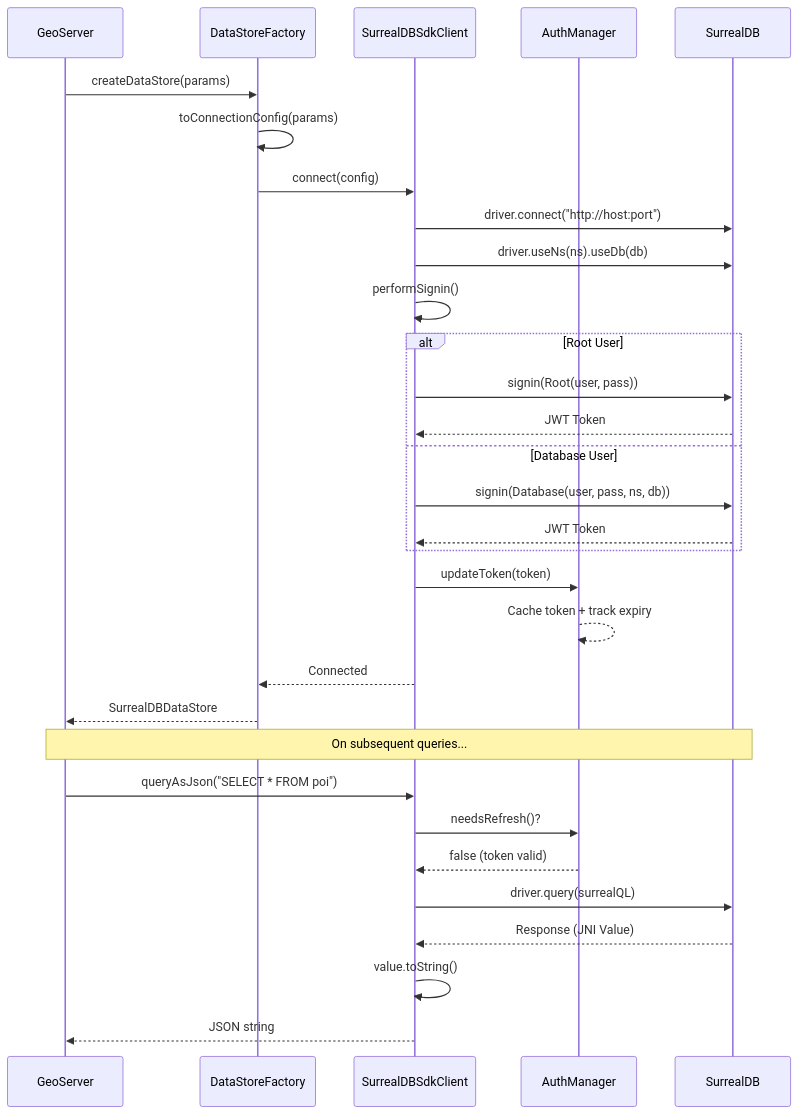
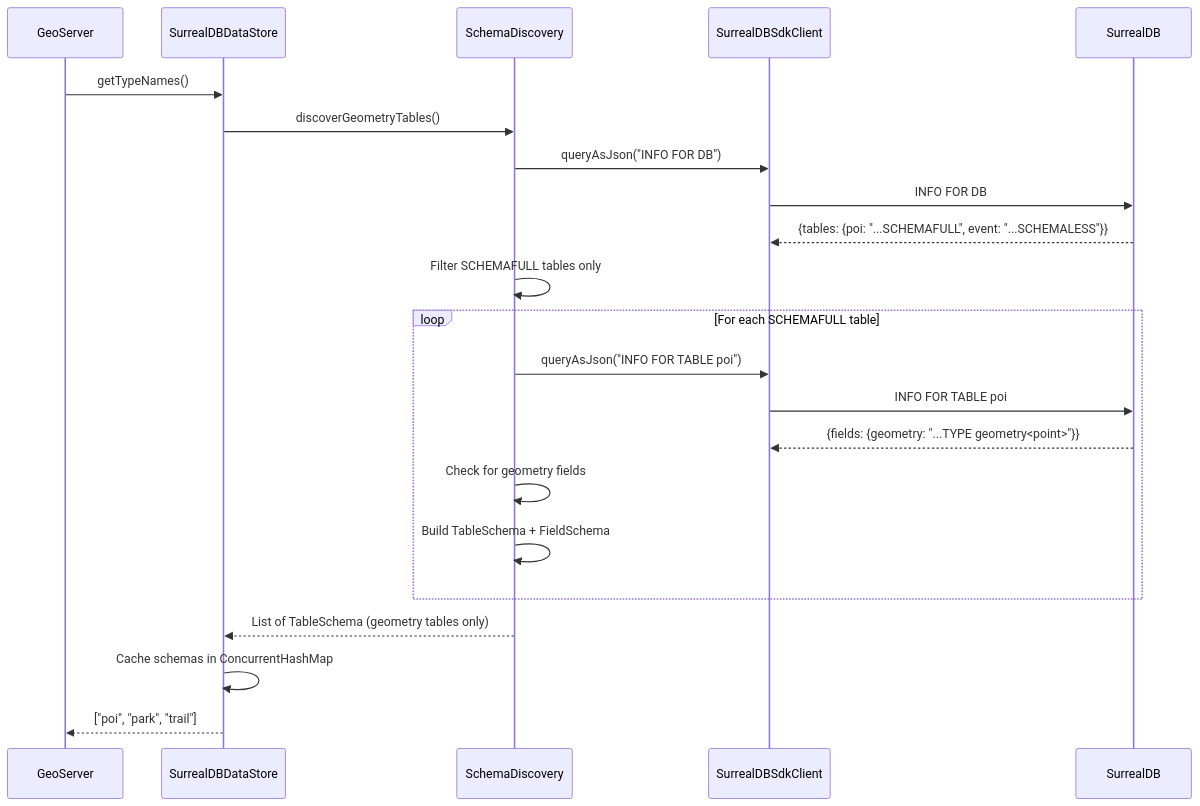
Before and after one commit to nitin84india/surrealdb-geoserver-connector: the sixth of 7 diagrams in README.md, drawn with Mermaid. The commit also changed other lines of this file, not shown here.

````diff
--- a/README.md
+++ b/README.md
@@ -110,39 +435,27 @@
 ```mermaid
 sequenceDiagram
     participant GS as GeoServer
-    participant DSF as DataStoreFactory
+    participant DS as SurrealDBDataStore
+    participant SD as SchemaDiscovery
     participant Client as SurrealDBSdkClient
-    participant Auth as AuthManager
     participant DB as SurrealDB
 
-    GS->>DSF: createDataStore(params)
-    DSF->>DSF: toConnectionConfig(params)
-    DSF->>Client: connect(config)
-    Client->>DB: driver.connect("http://host:port")
-    Client->>DB: driver.useNs(ns).useDb(db)
+    GS->>DS: getTypeNames()
+    DS->>SD: discoverGeometryTables()
+    SD->>Client: queryAsJson("INFO FOR DB")
+    Client->>DB: INFO FOR DB
+    DB-->>Client: {tables: {poi: "...SCHEMAFULL", event: "...SCHEMALESS"}}
+    SD->>SD: Filter SCHEMAFULL tables only
 
-    Client->>Client: performSignin()
-
-    alt Root User
-        Client->>DB: signin(Root(user, pass))
-        DB-->>Client: JWT Token
-    else Database User
-        Client->>DB: signin(Database(user, pass, ns, db))
-        DB-->>Client: JWT Token
+    loop For each SCHEMAFULL table
+        SD->>Client: queryAsJson("INFO FOR TABLE poi")
+        Client->>DB: INFO FOR TABLE poi
+        DB-->>Client: {fields: {geometry: "...TYPE geometry<point>"}}
+        SD->>SD: Check for geometry fields
+        SD->>SD: Build TableSchema + FieldSchema
     end
 
-    Client->>Auth: updateToken(token)
-    Auth-->>Auth: Cache token + track expiry
-    Client-->>DSF: Connected
-    DSF-->>GS: SurrealDBDataStore
-
-    Note over GS, DB: On subsequent queries...
-
-    GS->>Client: queryAsJson("SELECT * FROM poi")
-    Client->>Auth: needsRefresh()?
-    Auth-->>Client: false (token valid)
-    Client->>DB: driver.query(surrealQL)
-    DB-->>Client: Response (JNI Value)
-    Client->>Client: value.toString()
-    Client-->>GS: JSON string
+    SD-->>DS: List of TableSchema (geometry tables only)
+    DS->>DS: Cache schemas in ConcurrentHashMap
+    DS-->>GS: ["poi", "park", "trail"]
 ```
````
